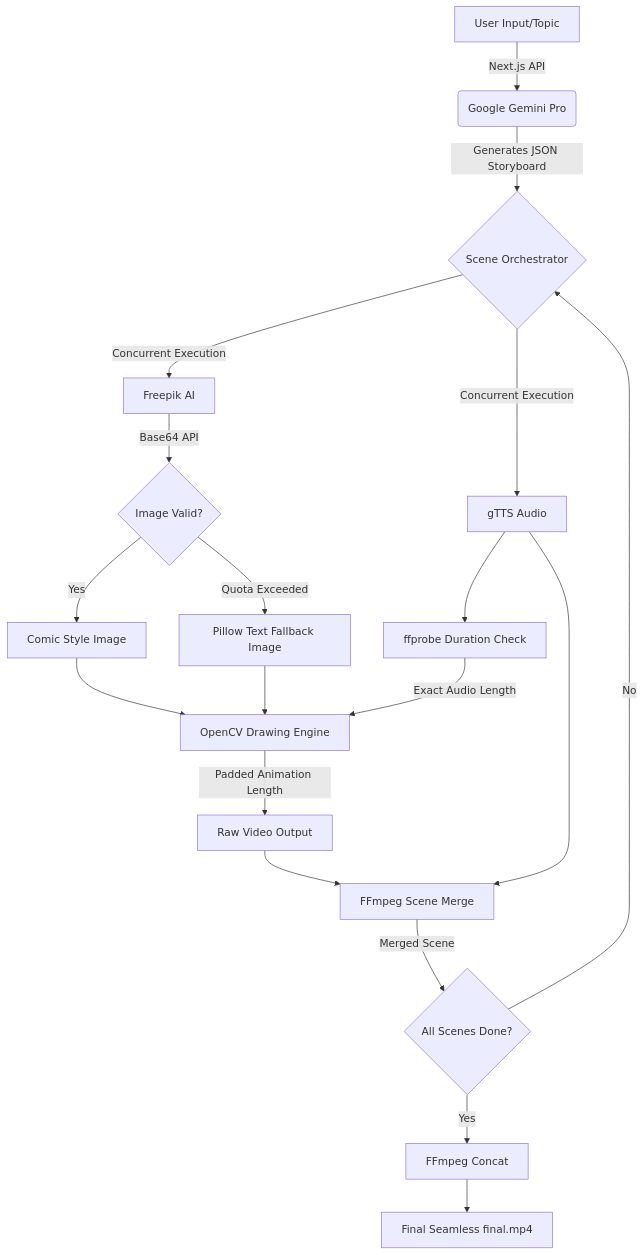
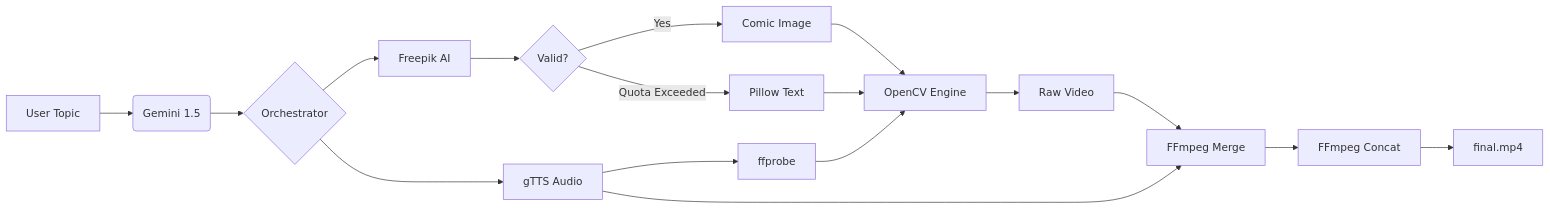
The diagram in README.md (THERITESHJADHAV/Darpan-ai), drawn with Mermaid before and after one commit. The commit also changed other lines of this file, not shown here.

Commit message:
fix: mermaid diagram and video link formatting

````diff
--- a/README.md
+++ b/README.md
@@ -21,27 +21,25 @@
 ```mermaid
-graph TD
-    A[User Input/Topic] -->|Next.js API| B(Google Gemini Pro)
-    B -->|Generates JSON Storyboard| C{Scene Orchestrator}
+graph LR
+    A[User Topic] --> B(Gemini 1.5)
+    B --> C{Orchestrator}
     
-    C -->|Concurrent Execution| D1[Freepik AI]
-    C -->|Concurrent Execution| D2[gTTS Audio]
+    C --> D1[Freepik AI]
+    C --> D2[gTTS Audio]
     
-    D1 -->|Base64 API| E1{Image Valid?}
-    E1 -- Yes --> F[Comic Style Image]
-    E1 -- Quota Exceeded --> F2[Pillow Text Fallback Image]
+    D1 --> E1{Valid?}
+    E1 -- Yes --> F[Comic Image]
+    E1 -- Quota Exceeded --> F2[Pillow Text]
     
-    F --> G[OpenCV Drawing Engine]
+    F --> G[OpenCV Engine]
     F2 --> G
     
-    D2 --> H[ffprobe Duration Check]
-    H -->|Exact Audio Length| G
+    D2 --> H[ffprobe]
+    H --> G
     
-    G -->|Padded Animation Length| I[Raw Video Output]
-    I --> J[FFmpeg Scene Merge]
+    G --> I[Raw Video]
+    I --> J[FFmpeg Merge]
     D2 --> J
     
-    J -->|Merged Scene| K{All Scenes Done?}
-    K -- No --> C
-    K -- Yes --> L[FFmpeg Concat]
-    L --> M[Final Seamless final.mp4]
+    J --> L[FFmpeg Concat]
+    L --> M[final.mp4]
 ```
````
